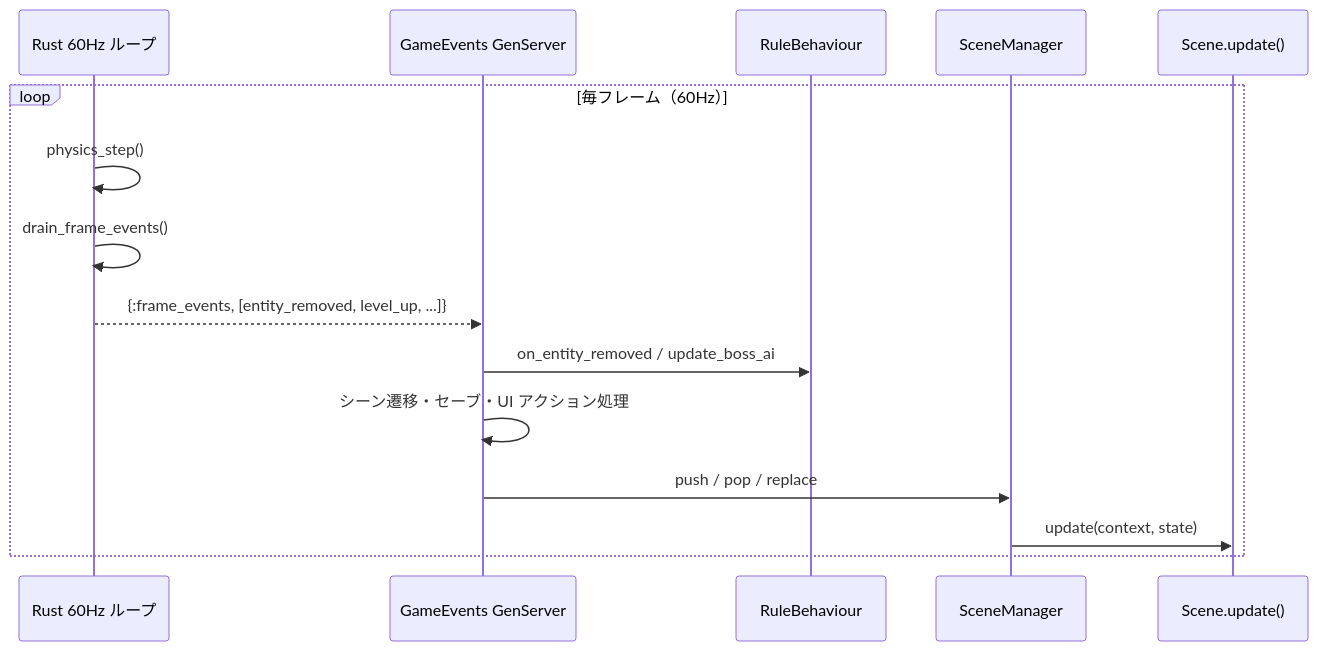
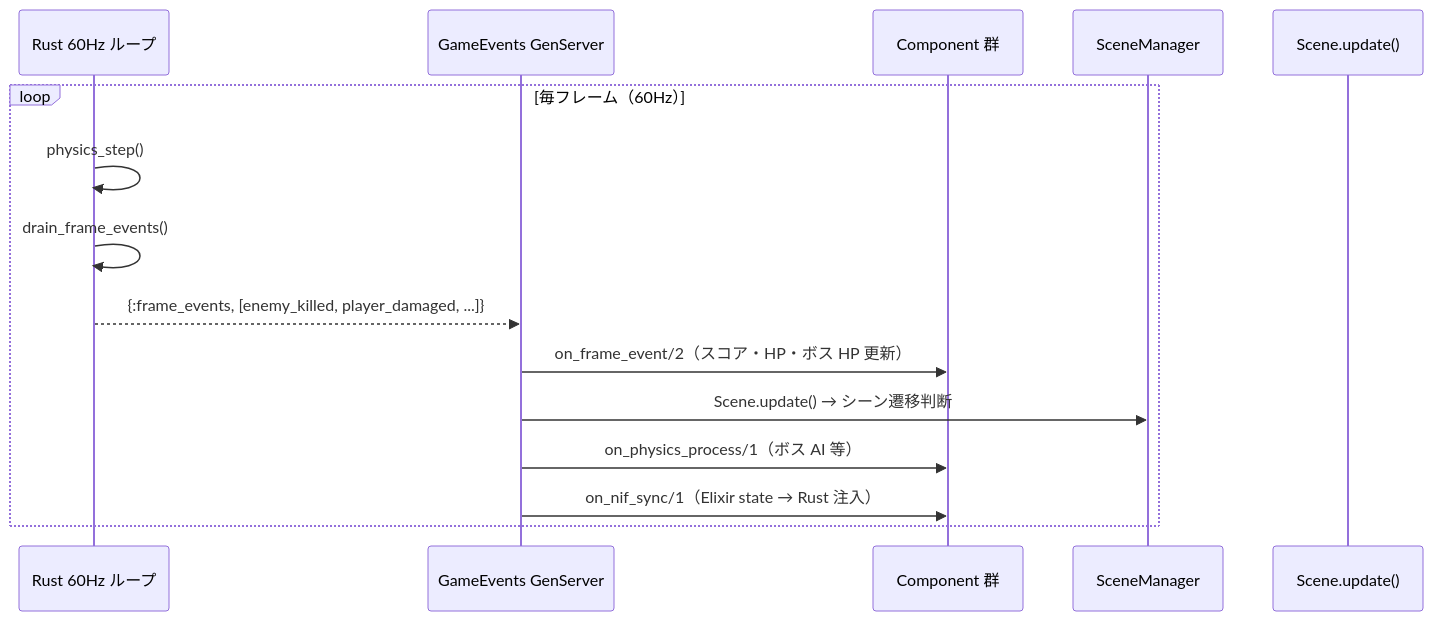
One commit to FRICK-ELDY/alchemy-engine changed the third of 4 diagrams in docs/architecture-overview.md. Above: the diagram before and after it, drawn with Mermaid. The commit also changed other lines of this file and 4 other files, not shown here.

First line of the commit message:
docs: ContentBehaviour/Component 設計への移行を全ドキュメントに反映

````diff
--- a/docs/architecture-overview.md
+++ b/docs/architecture-overview.md
@@ -230,18 +253,18 @@
 ```mermaid
 sequenceDiagram
     participant R as Rust 60Hz ループ
     participant GE as GameEvents GenServer
-    participant RULE as RuleBehaviour
+    participant COMP as Component 群
     participant SM as SceneManager
     participant S as Scene.update()
 
     loop 毎フレーム（60Hz）
         R->>R: physics_step()
         R->>R: drain_frame_events()
-        R-->>GE: {:frame_events, [entity_removed, level_up, ...]}
-        GE->>RULE: on_entity_removed / update_boss_ai
-        GE->>GE: シーン遷移・セーブ・UI アクション処理
-        GE->>SM: push / pop / replace
-        SM->>S: update(context, state)
+        R-->>GE: {:frame_events, [enemy_killed, player_damaged, ...]}
+        GE->>COMP: on_frame_event/2（スコア・HP・ボス HP 更新）
+        GE->>SM: Scene.update() → シーン遷移判断
+        GE->>COMP: on_physics_process/1（ボス AI 等）
+        GE->>COMP: on_nif_sync/1（Elixir state → Rust 注入）
     end
 ```
````
